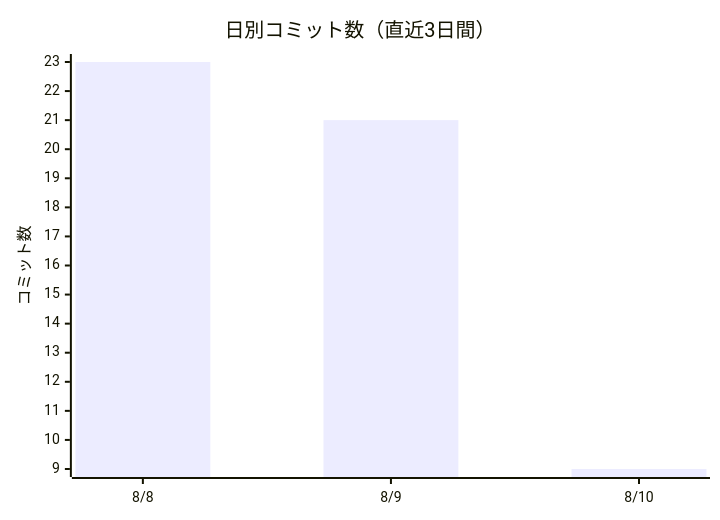
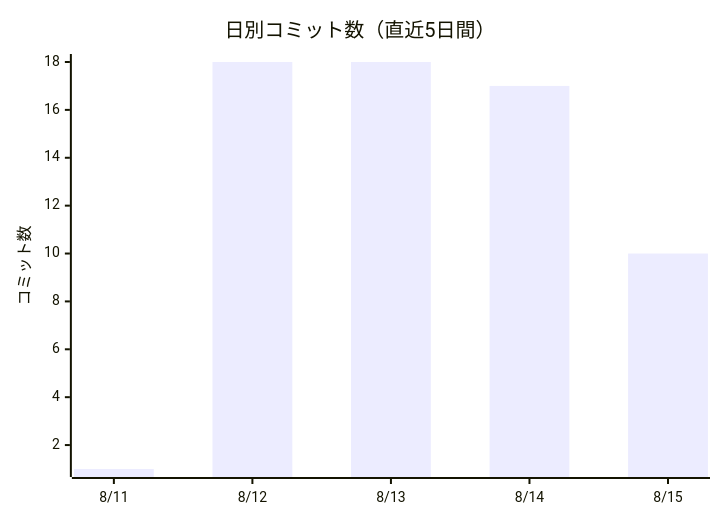
The first of 2 diagrams in docs/進化レポート.md (non-x2/non-x2), drawn with Mermaid before and after one commit. The commit also changed other lines of this file and 10 other files, not shown here.

````diff
--- a/docs/進化レポート.md
+++ b/docs/進化レポート.md
@@ -23,7 +23,7 @@
 ```mermaid
 xychart-beta
-    title "日別コミット数（直近3日間）"
-    x-axis ["8/8", "8/9", "8/10"]
+    title "日別コミット数（直近5日間）"
+    x-axis ["8/11", "8/12", "8/13", "8/14", "8/15"]
     y-axis "コミット数"
-    bar [23, 21, 9]
+    bar [1, 18, 18, 17, 10]
 ```
````
